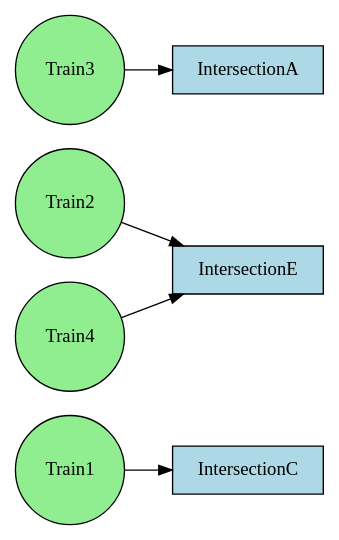
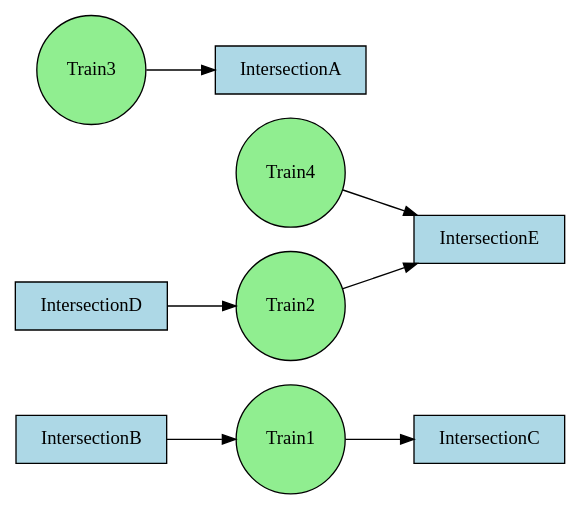
The diagram in rag.dot (Epsilon157/Group-D), drawn with Graphviz before and after one commit. The commit also changed 7 other files, not shown here.

```diff
--- a/rag.dot
+++ b/rag.dot
@@ -1,12 +1,14 @@
 digraph RAG {
   rankdir=LR;
   node [shape=rectangle, style=filled, fillcolor=lightblue];
   "Train1" [shape=circle, fillcolor=lightgreen];
+  "IntersectionB" -> "Train1";
   "Train1" -> "IntersectionC";
   "Train2" [shape=circle, fillcolor=lightgreen];
+  "IntersectionD" -> "Train2";
   "Train2" -> "IntersectionE";
   "Train3" [shape=circle, fillcolor=lightgreen];
   "Train3" -> "IntersectionA";
   "Train4" [shape=circle, fillcolor=lightgreen];
   "Train4" -> "IntersectionE";
 }
```
